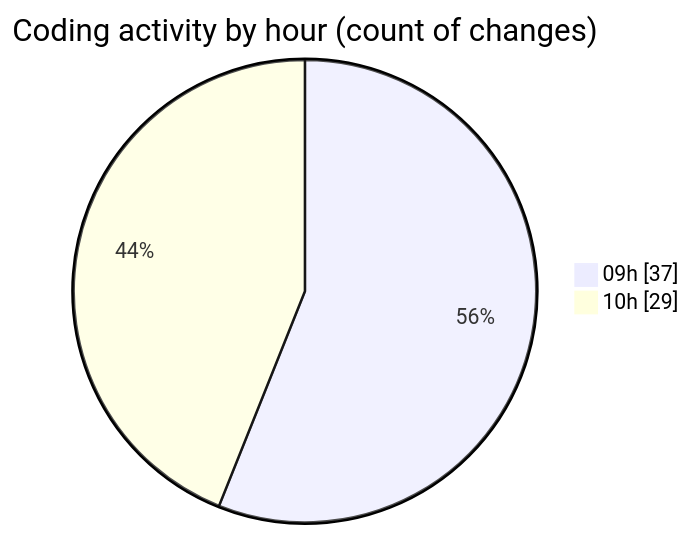
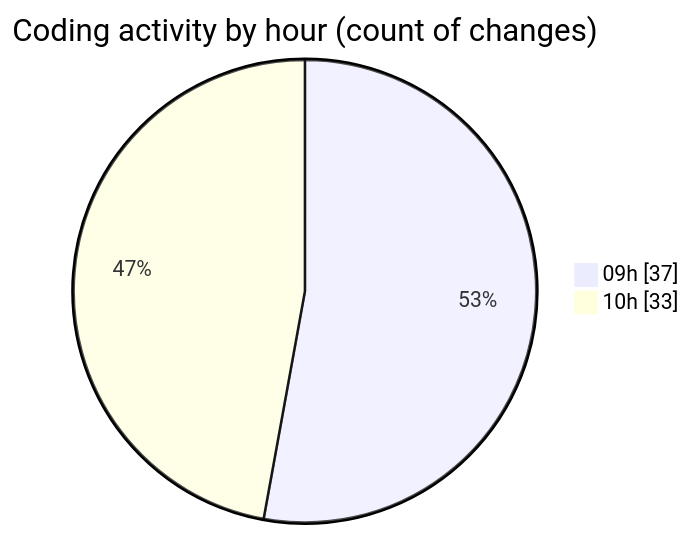
The second of 2 diagrams in 2025-02-12/cda/README.md (momahboobian/code-tracking), drawn with Mermaid before and after one commit. The commit also changed other lines of this file and 1 other file, not shown here.

````diff
--- a/2025-02-12/cda/README.md
+++ b/2025-02-12/cda/README.md
@@ -29,6 +29,6 @@
 ```mermaid
 pie showData
 title Coding activity by hour (count of changes)
 "09h" : 37
-"10h" : 29
+"10h" : 33
 ```
````
